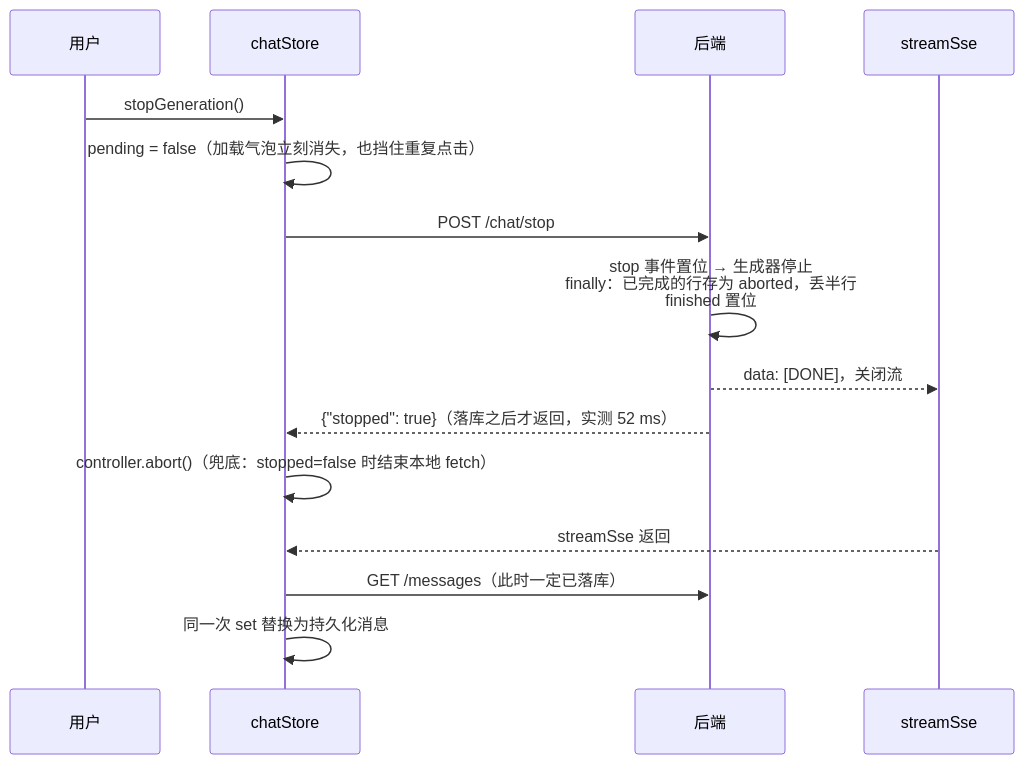
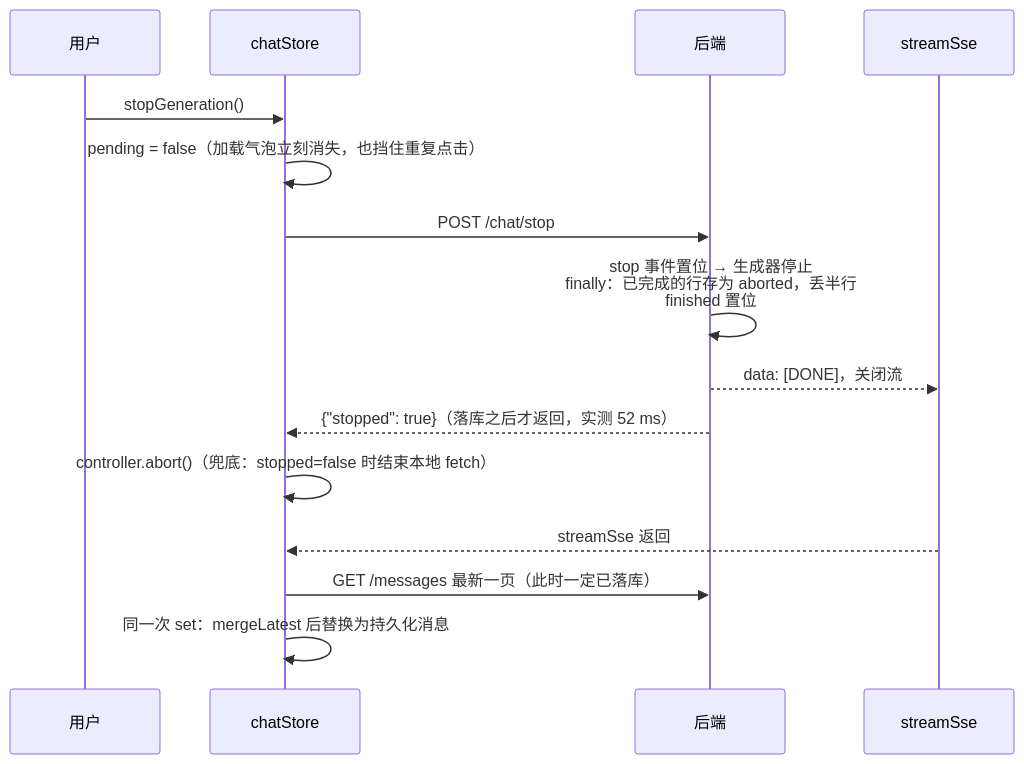
The fifth of 5 diagrams in docs/frontend.md (Youri2000/baker-chat), drawn with Mermaid before and after one commit. The commit also changed other lines of this file and 6 other files, not shown here.

````diff
--- a/docs/frontend.md
+++ b/docs/frontend.md
@@ -347,18 +367,18 @@
 ```mermaid
 sequenceDiagram
   participant U as 用户
   participant C as chatStore
   participant B as 后端
   participant S as streamSse
 
   U->>C: stopGeneration()
   C->>C: pending = false（加载气泡立刻消失，也挡住重复点击）
   C->>B: POST /chat/stop
   B->>B: stop 事件置位 → 生成器停止<br/>finally：已完成的行存为 aborted，丢半行<br/>finished 置位
   B-->>S: data: [DONE]，关闭流
   B-->>C: {"stopped": true}（落库之后才返回，实测 52 ms）
   C->>C: controller.abort()（兜底：stopped=false 时结束本地 fetch）
   S-->>C: streamSse 返回
-  C->>B: GET /messages（此时一定已落库）
-  C->>C: 同一次 set 替换为持久化消息
+  C->>B: GET /messages 最新一页（此时一定已落库）
+  C->>C: 同一次 set：mergeLatest 后替换为持久化消息
 ```
````
